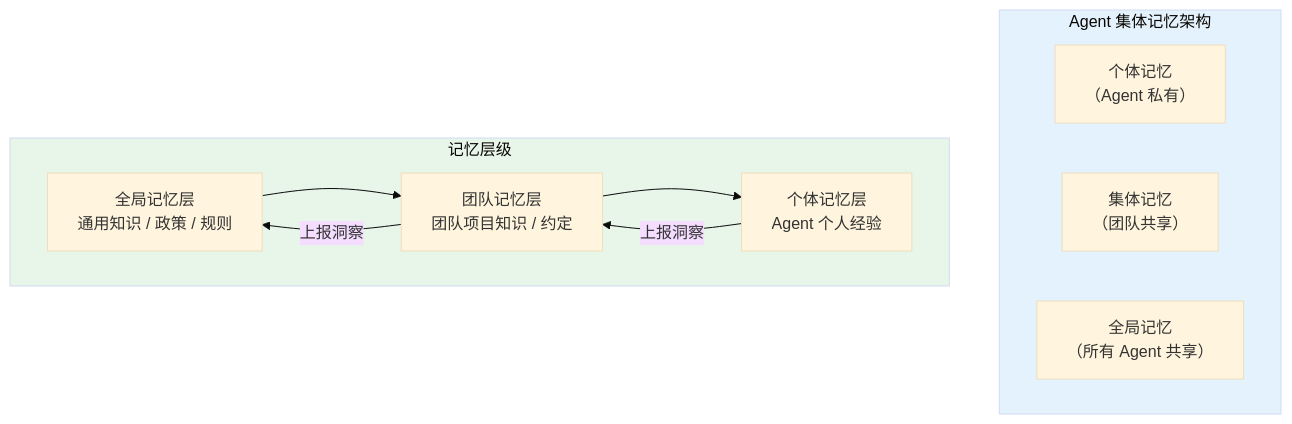
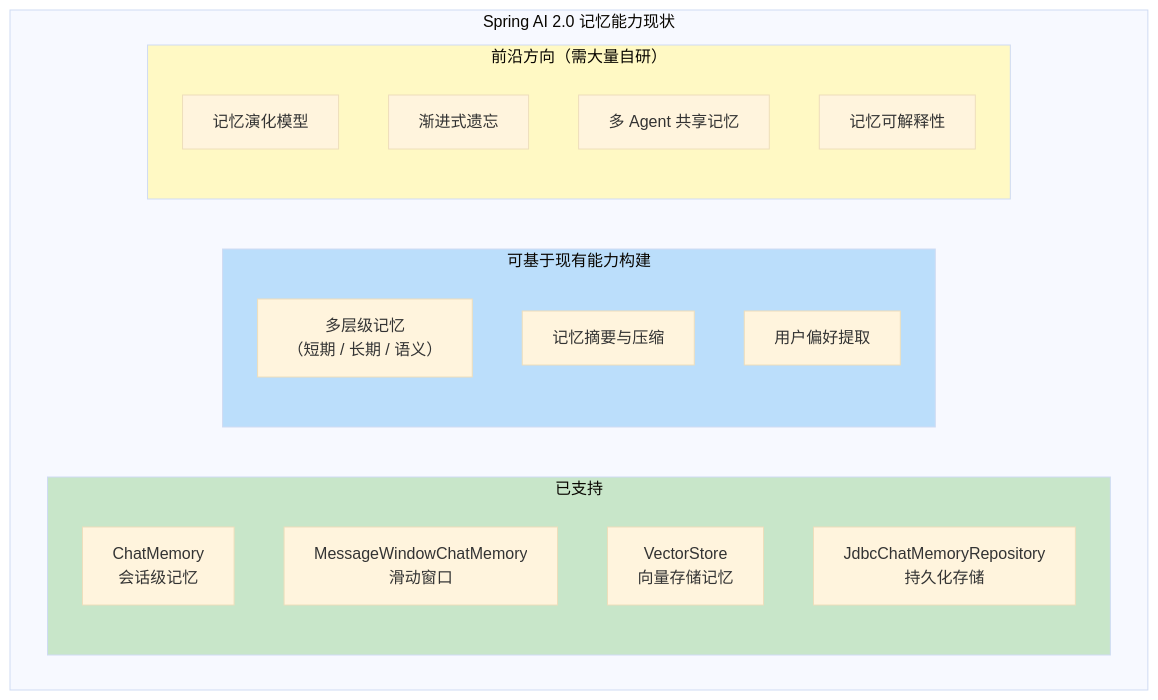
Diagram 18 of 20 in docs/前沿/05-Agent记忆前沿.md (UranusGit/java-agent-learn), drawn with Mermaid (base theme) before and after one commit. The commit also changed other lines of this file and 15 other files, not shown here.

````diff
--- a/docs/前沿/05-Agent记忆前沿.md
+++ b/docs/前沿/05-Agent记忆前沿.md
@@ -364,21 +727,28 @@
 ```mermaid
 graph TB
-    subgraph 集体记忆["Agent 集体记忆架构"]
-        INDIVIDUAL["个体记忆<br/>（Agent 私有）"]
-        COLLECTIVE["集体记忆<br/>（团队共享）"]
-        GLOBAL["全局记忆<br/>（所有 Agent 共享）"]
+    subgraph 当前能力["Spring AI 2.0 记忆能力现状"]
+        subgraph 已支持["已支持"]
+            C1["ChatMemory<br/>会话级记忆"]
+            C2["MessageWindowChatMemory<br/>滑动窗口"]
+            C3["VectorStore<br/>向量存储记忆"]
+            C4["JdbcChatMemoryRepository<br/>持久化存储"]
+        end
+
+        subgraph 可构建["可基于现有能力构建"]
+            C5["多层级记忆<br/>（短期 / 长期 / 语义）"]
+            C6["记忆摘要与压缩"]
+            C7["用户偏好提取"]
+        end
+
+        subgraph 前沿方向["前沿方向（需大量自研）"]
+            C8["记忆演化模型"]
+            C9["渐进式遗忘"]
+            C10["多 Agent 共享记忆"]
+            C11["记忆可解释性"]
+        end
     end
 
-    subgraph 层级["记忆层级"]
-        L1["全局记忆层<br/>通用知识 / 政策 / 规则"]
-        L2["团队记忆层<br/>团队项目知识 / 约定"]
-        L3["个体记忆层<br/>Agent 个人经验"]
-    end
-
-    L1 --> L2 --> L3
-    L3 -->|"上报洞察"| L2
-    L2 -->|"上报洞察"| L1
-
-    style 集体记忆 fill:#e3f2fd
-    style 层级 fill:#e8f5e9
+    style 已支持 fill:#c8e6c9
+    style 可构建 fill:#bbdefb
+    style 前沿方向 fill:#fff9c4
 ```
````
